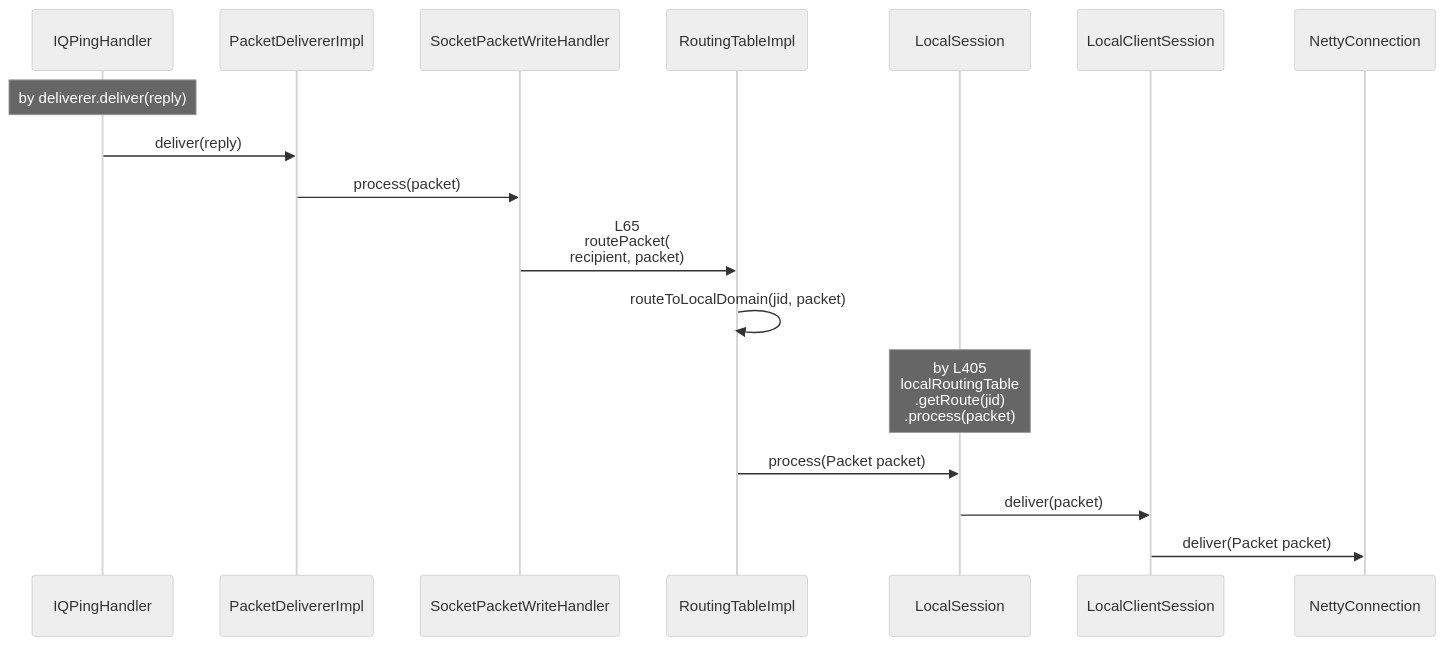
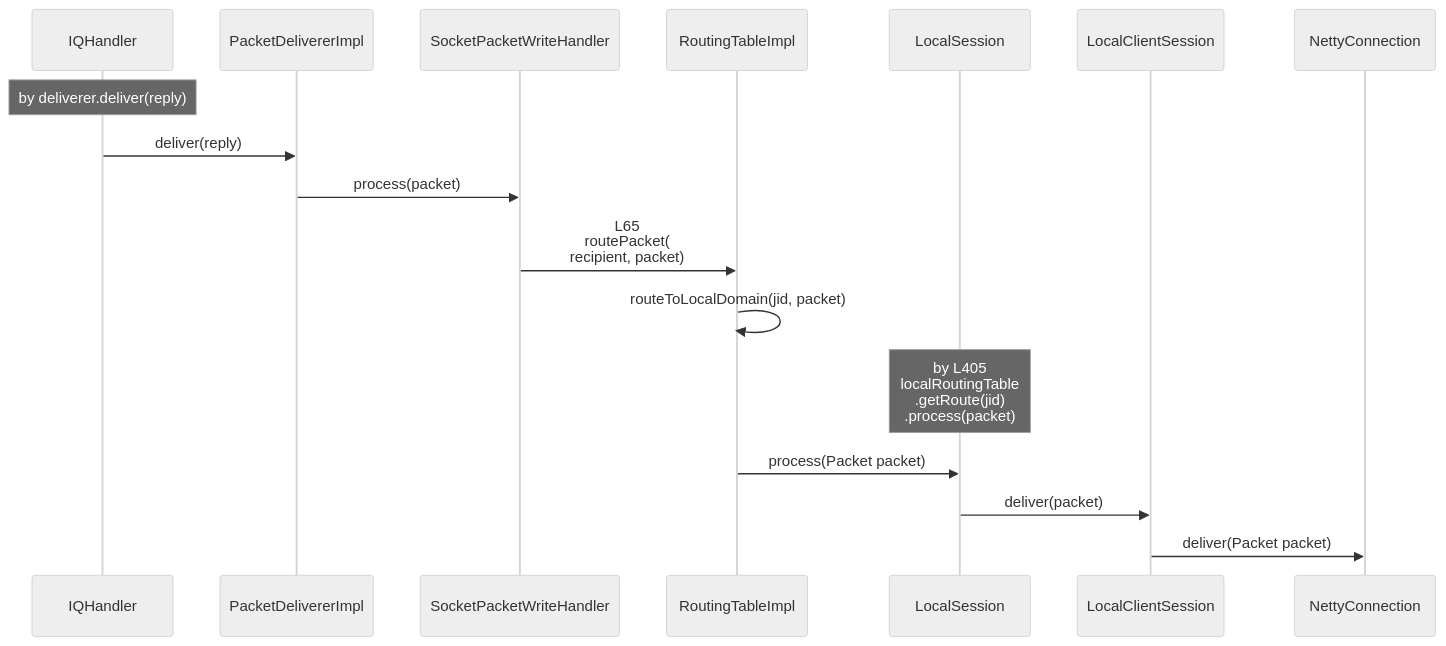
Diagram 12 of 29 in of-spk-x.md (chanchan098/Docs), drawn with Mermaid (neutral theme) before and after one commit. The commit also changed other lines of this file, not shown here.

Commit message:
- updated.

````diff
--- a/of-spk-x.md
+++ b/of-spk-x.md
@@ -612,13 +612,13 @@
 ```mermaid
 sequenceDiagram
-    Note over IQPingHandler: by deliverer.deliver(reply)
-    IQPingHandler->>PacketDelivererImpl: deliver(reply)
+    Note over IQHandler: by deliverer.deliver(reply)
+    IQHandler->>PacketDelivererImpl: deliver(reply)
     PacketDelivererImpl->>SocketPacketWriteHandler: process(packet)
     SocketPacketWriteHandler->>RoutingTableImpl: L65<br>routePacket(<br>recipient, packet)
     RoutingTableImpl->>RoutingTableImpl: routeToLocalDomain(jid, packet)
     Note over LocalSession: by L405<br>localRoutingTable<br>.getRoute(jid)<br>.process(packet);
     RoutingTableImpl->>LocalSession: process(Packet packet)
     LocalSession->>LocalClientSession: deliver(packet)
     LocalClientSession->>NettyConnection: deliver(Packet packet)
     
 ```
````
